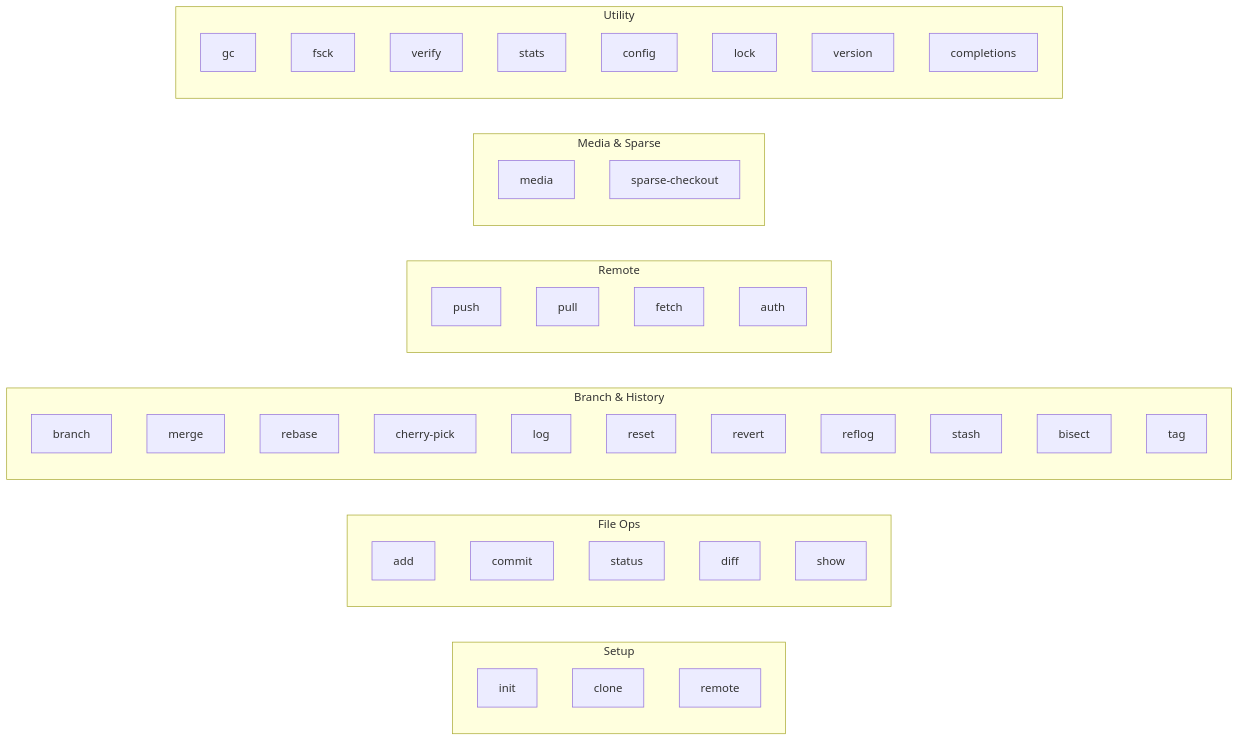
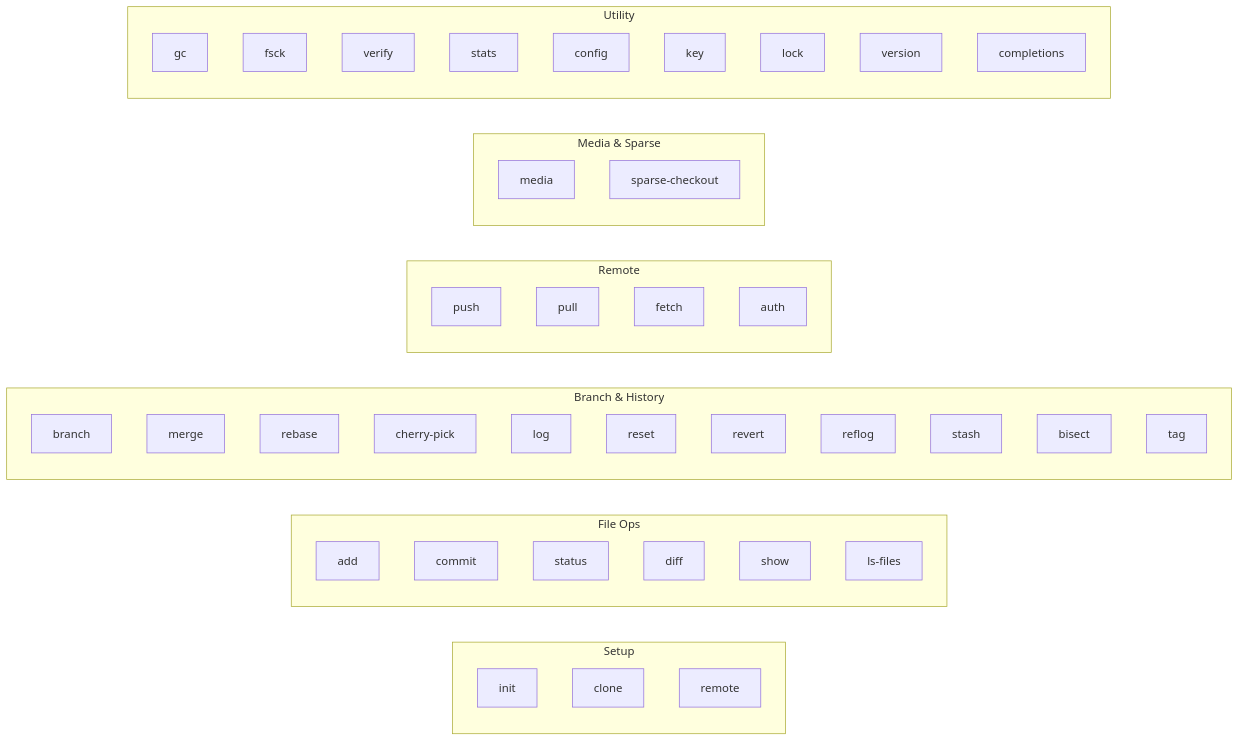
One commit to winnyboy5/mediagit-core changed the diagram in book/src/cli/README.md. Above: the diagram before and after it, drawn with Mermaid. The commit also changed other lines of this file and 22 other files, not shown here.

````diff
--- a/book/src/cli/README.md
+++ b/book/src/cli/README.md
@@ -7,48 +7,50 @@
 ```mermaid
 graph LR
     subgraph Setup
         init
         clone
         remote
     end
     subgraph "File Ops"
         add
         commit
         status
         diff
         show
+        ls-files
     end
     subgraph "Branch & History"
         branch
         merge
         rebase
         cherry-pick
         log
         reset
         revert
         reflog
         stash
         bisect
         tag
     end
     subgraph Remote
         push
         pull
         fetch
         auth
     end
     subgraph "Media & Sparse"
         media
         sparse-checkout
     end
     subgraph Utility
         gc
         fsck
         verify
         stats
         config
+        key
         lock
         version
         completions
     end
 ```
````
